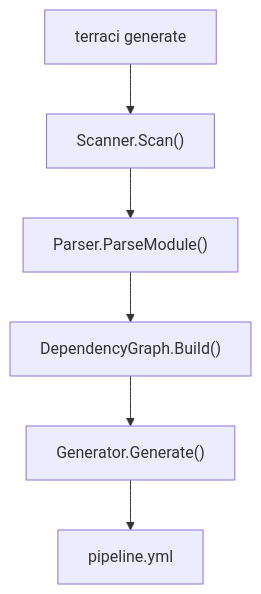
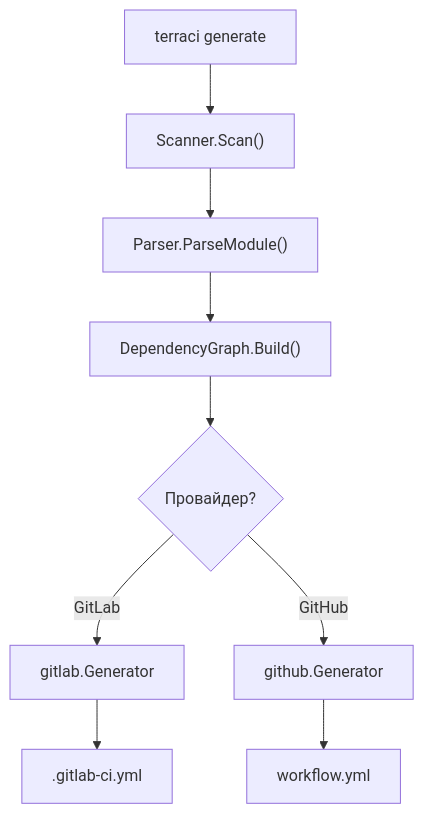
One commit to edelwud/terraci changed the fourth of 4 diagrams in docs/ru/guide/how-it-works.md. Above: the diagram before and after it, drawn with Mermaid. The commit also changed other lines of this file and 53 other files, not shown here.

````diff
--- a/docs/ru/guide/how-it-works.md
+++ b/docs/ru/guide/how-it-works.md
@@ -211,8 +213,10 @@
 ```mermaid
 flowchart TD
   A["terraci generate"] --> B
   B["Scanner.Scan()"] --> C
   C["Parser.ParseModule()"] --> D
   D["DependencyGraph.Build()"] --> E
-  E["Generator.Generate()"] --> F["pipeline.yml"]
+  E{"Провайдер?"}
+  E -->|GitLab| F["gitlab.Generator"] --> G[".gitlab-ci.yml"]
+  E -->|GitHub| H["github.Generator"] --> I["workflow.yml"]
 ```
````
